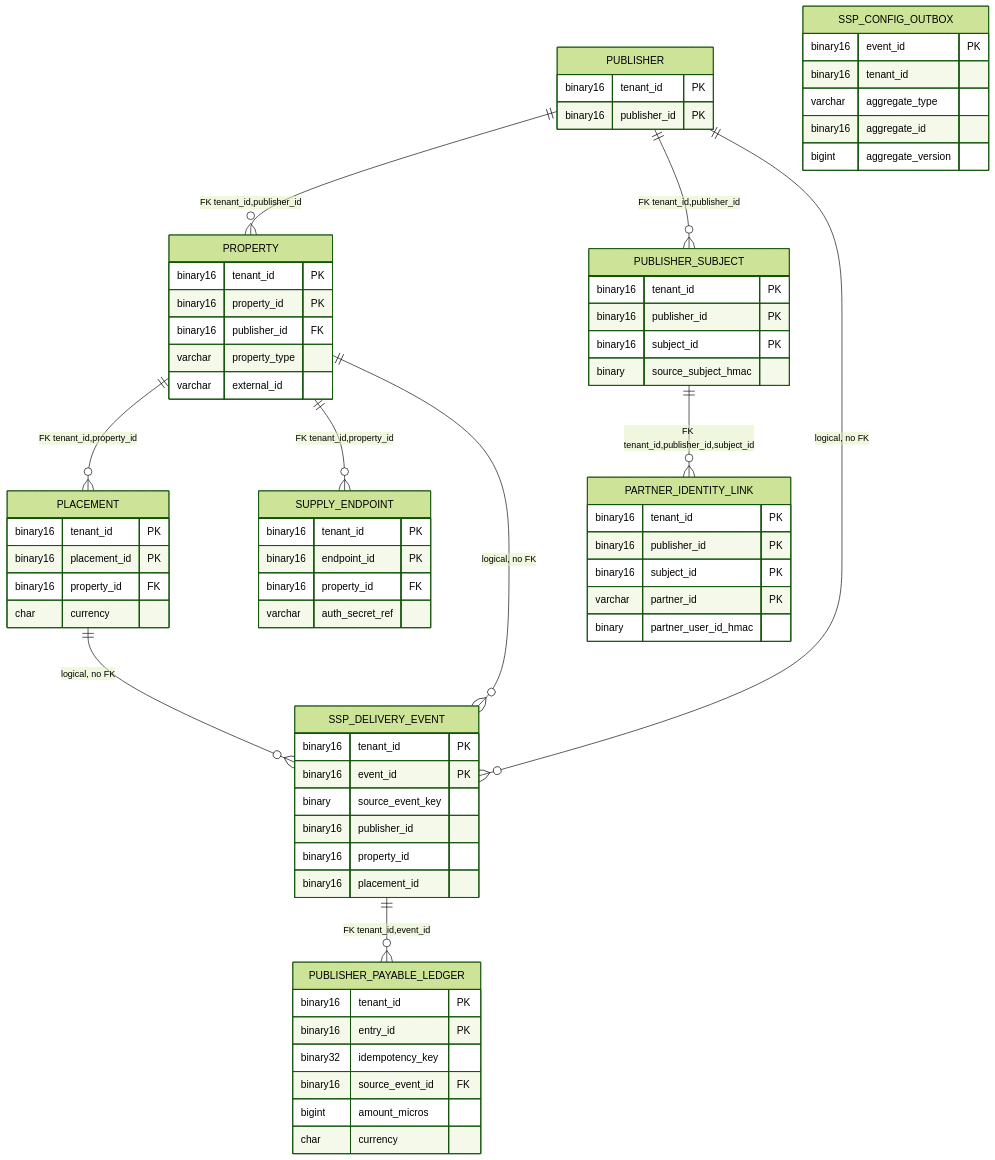
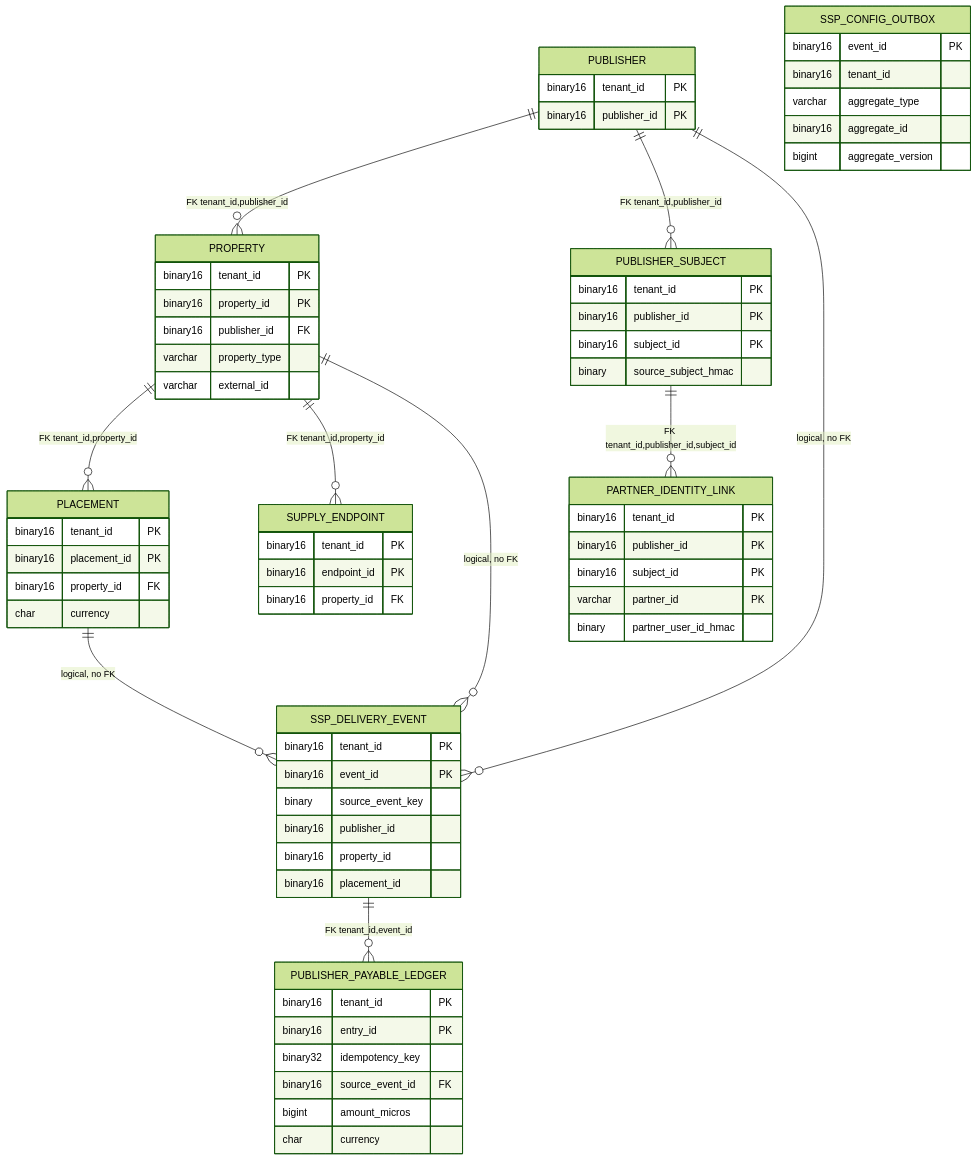
The first of 3 diagrams in docs/design/LLD.md (songfei1983/open-ads), drawn with Mermaid (forest theme) before and after one commit. The commit also changed other lines of this file and 3 other files, not shown here.

````diff
--- a/docs/design/LLD.md
+++ b/docs/design/LLD.md
@@ -74,72 +74,71 @@
 ```mermaid
 erDiagram
   PUBLISHER {
     binary16 tenant_id PK
     binary16 publisher_id PK
   }
   PROPERTY {
     binary16 tenant_id PK
     binary16 property_id PK
     binary16 publisher_id FK
     varchar property_type
     varchar external_id
   }
   PLACEMENT {
     binary16 tenant_id PK
     binary16 placement_id PK
     binary16 property_id FK
     char currency
   }
   SUPPLY_ENDPOINT {
     binary16 tenant_id PK
     binary16 endpoint_id PK
     binary16 property_id FK
-    varchar auth_secret_ref
   }
   SSP_CONFIG_OUTBOX {
     binary16 event_id PK
     binary16 tenant_id
     varchar aggregate_type
     binary16 aggregate_id
     bigint aggregate_version
   }
   PUBLISHER_SUBJECT {
     binary16 tenant_id PK
     binary16 publisher_id PK
     binary16 subject_id PK
     binary source_subject_hmac
   }
   PARTNER_IDENTITY_LINK {
     binary16 tenant_id PK
     binary16 publisher_id PK
     binary16 subject_id PK
     varchar partner_id PK
     binary partner_user_id_hmac
   }
   SSP_DELIVERY_EVENT {
     binary16 tenant_id PK
     binary16 event_id PK
     binary source_event_key
     binary16 publisher_id
     binary16 property_id
     binary16 placement_id
   }
   PUBLISHER_PAYABLE_LEDGER {
     binary16 tenant_id PK
     binary16 entry_id PK
     binary32 idempotency_key
     binary16 source_event_id FK
     bigint amount_micros
     char currency
   }
 
   PUBLISHER ||--o{ PROPERTY : "FK tenant_id,publisher_id"
   PROPERTY ||--o{ PLACEMENT : "FK tenant_id,property_id"
   PROPERTY ||--o{ SUPPLY_ENDPOINT : "FK tenant_id,property_id"
   PUBLISHER ||--o{ PUBLISHER_SUBJECT : "FK tenant_id,publisher_id"
   PUBLISHER_SUBJECT ||--o{ PARTNER_IDENTITY_LINK : "FK tenant_id,publisher_id,subject_id"
   SSP_DELIVERY_EVENT ||--o{ PUBLISHER_PAYABLE_LEDGER : "FK tenant_id,event_id"
   PUBLISHER ||--o{ SSP_DELIVERY_EVENT : "logical, no FK"
   PROPERTY ||--o{ SSP_DELIVERY_EVENT : "logical, no FK"
   PLACEMENT ||--o{ SSP_DELIVERY_EVENT : "logical, no FK"
 ```
````
